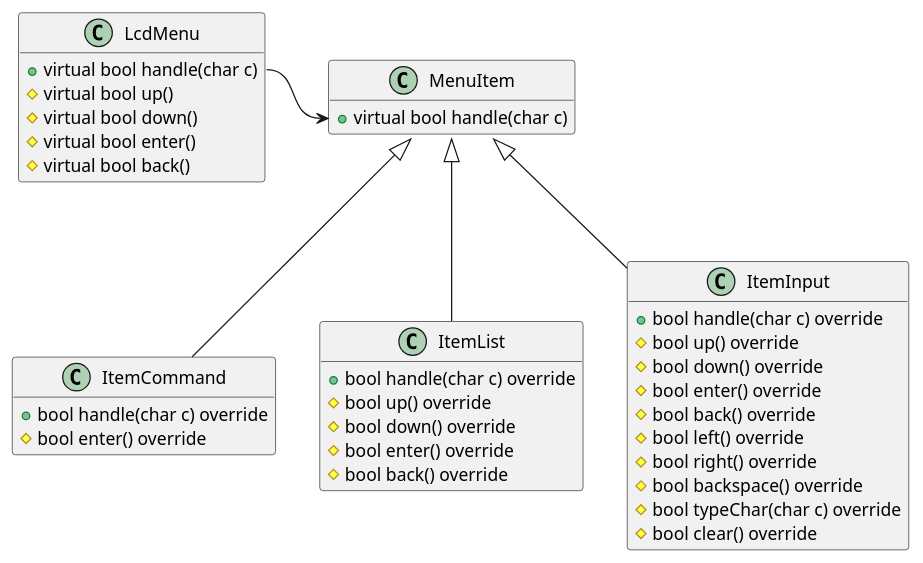
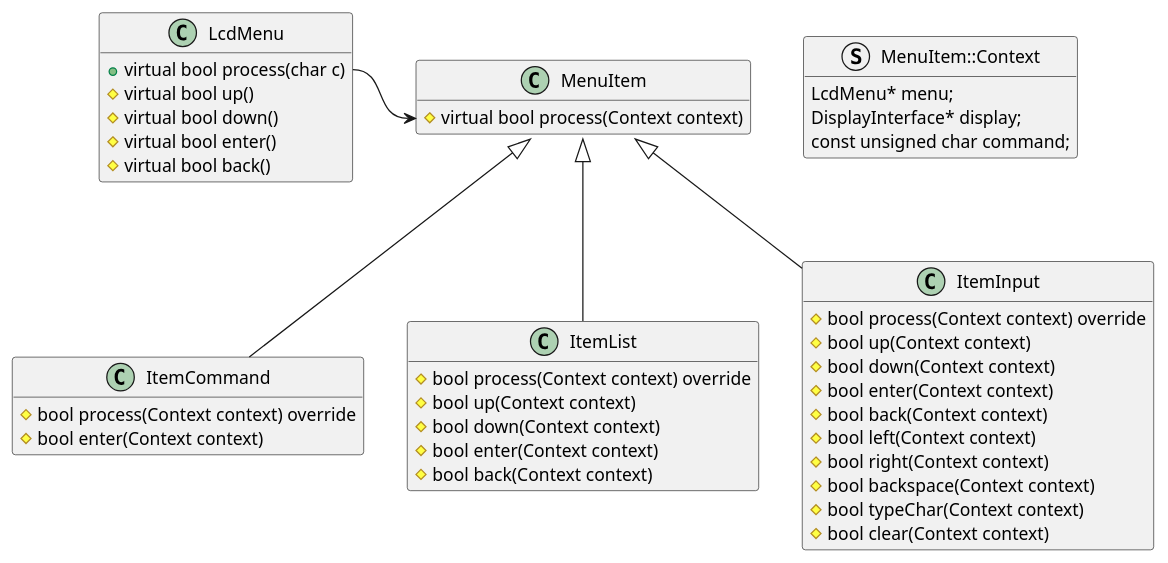
Before and after one commit to forntoh/LcdMenu: the diagram in docs/classes.puml, drawn with PlantUML. The commit also changed 10 other files, not shown here.

```diff
--- a/docs/classes.puml
+++ b/docs/classes.puml
@@ -1,49 +1,54 @@
 @startuml
 ' https://www.plantuml.com/plantuml/uml/
 
 hide empty members
 
 class LcdMenu {
-    +virtual bool handle(char c)
+    +virtual bool process(char c)
     #virtual bool up()
     #virtual bool down()
     #virtual bool enter()
     #virtual bool back()
 }
 
+struct MenuItem::Context {
+    LcdMenu* menu;
+    DisplayInterface* display;
+    const unsigned char command;
+}
+
 class MenuItem {
-    +virtual bool handle(char c)
+    #virtual bool process(Context context)
 }
 
 class ItemCommand {
-    +bool handle(char c) override
-    #bool enter() override
+    #bool process(Context context) override
+    #bool enter(Context context)
 }
 
 class ItemList {
-    +bool handle(char c) override
-    #bool up() override
-    #bool down() override
-    #bool enter() override
-    #bool back() override
+    #bool process(Context context) override
+    #bool up(Context context)
+    #bool down(Context context)
+    #bool enter(Context context)
+    #bool back(Context context)
 }
 
 class ItemInput {
-    +bool handle(char c) override
-    #bool up() override
-    #bool down() override
-    #bool enter() override
-    #bool back() override
-    #bool left() override
-    #bool right() override
-    #bool backspace() override
-    #bool typeChar(char c) override
-    #bool clear() override
+    #bool process(Context context) override
+    #bool up(Context context)
+    #bool down(Context context)
+    #bool enter(Context context)
+    #bool back(Context context)
+    #bool left(Context context)
+    #bool right(Context context)
+    #bool backspace(Context context)
+    #bool typeChar(Context context)
+    #bool clear(Context context)
 }
 
-LcdMenu::handle -r-> MenuItem::handle
+LcdMenu::process -r-> MenuItem::process
 ItemCommand -u-|> MenuItem
 ItemList -u-|> MenuItem
 ItemInput -u-|> MenuItem
-
 @enduml
```
